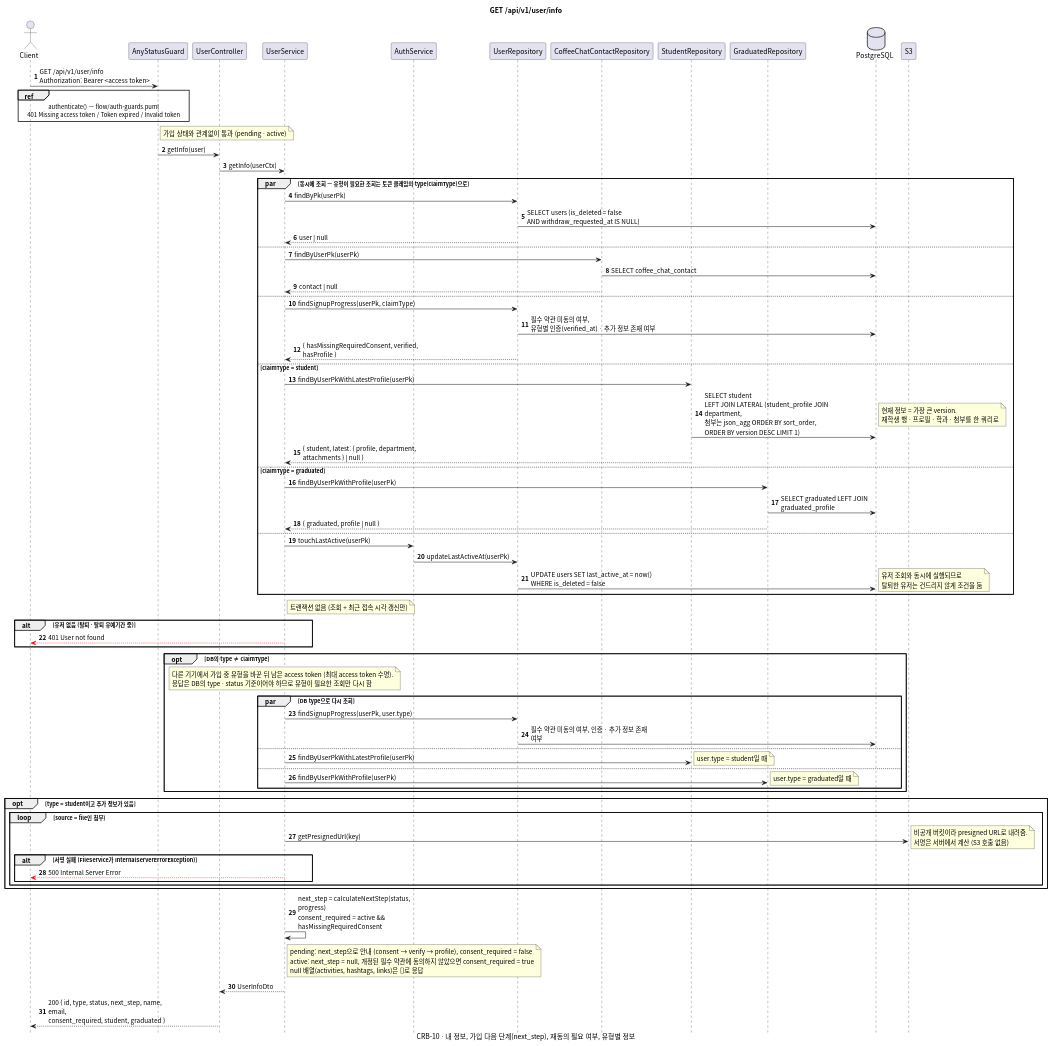
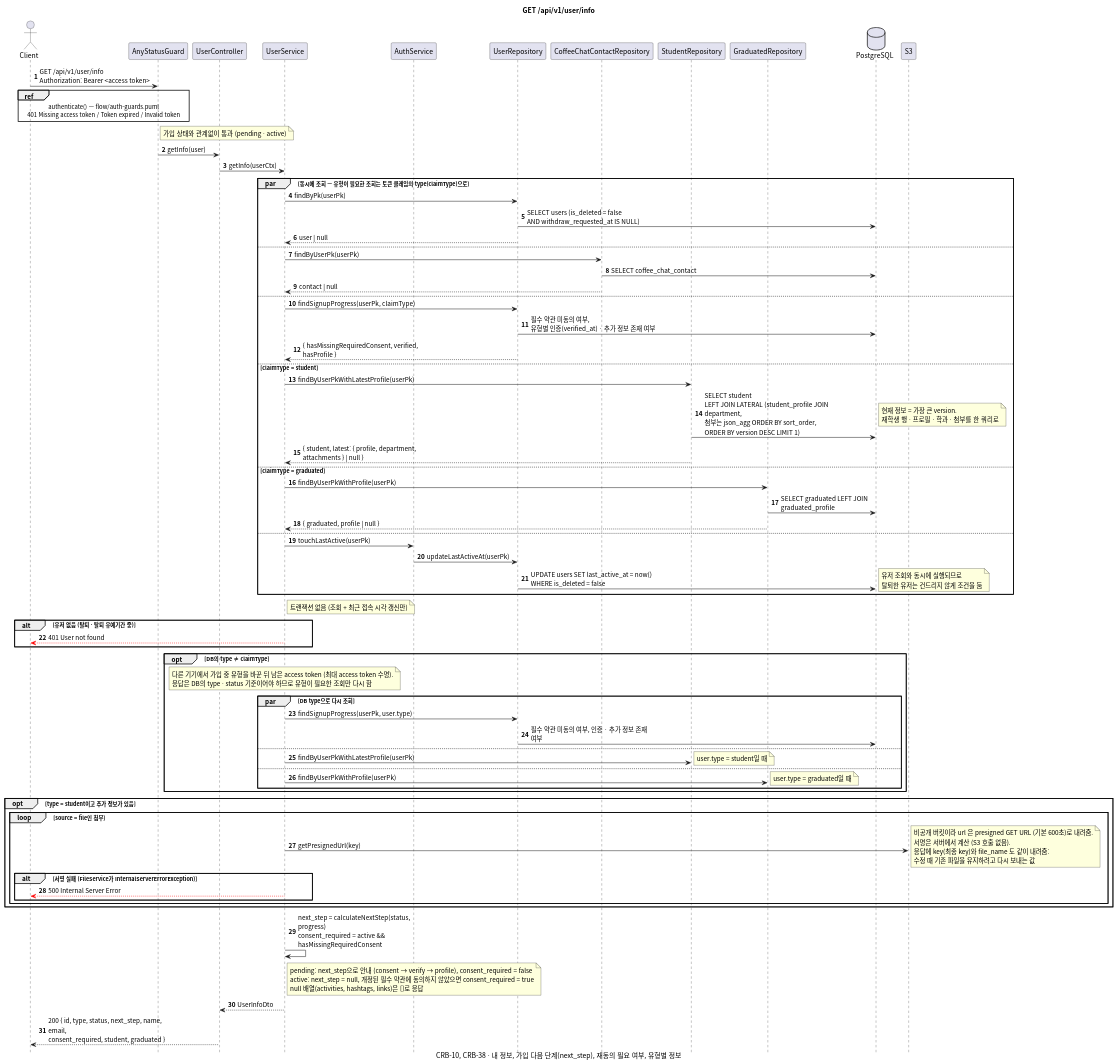
The diagram in docs/sequence/user/get-info.puml (gsainfoteam/cheers-be), drawn with PlantUML before and after one commit. The commit also changed 2 other files, not shown here.

Commit message:
- docs: add attachment file flow to student info sequence diagrams (CRB-38)

```diff
--- a/docs/sequence/user/get-info.puml
+++ b/docs/sequence/user/get-info.puml
@@ -1,101 +1,101 @@
 @startuml get-info
 skinparam defaultFontName "Apple SD Gothic Neo", "Noto Sans CJK KR", sans-serif
 skinparam responseMessageBelowArrow true
 skinparam sequenceMessageAlign left
 skinparam maxMessageSize 260
 skinparam BoxPadding 8
 skinparam shadowing false
 autonumber
 hide footbox
 
 title GET /api/v1/user/info
-caption CRB-10 · 내 정보, 가입 다음 단계(next_step), 재동의 필요 여부, 유형별 정보
+caption CRB-10, CRB-38 · 내 정보, 가입 다음 단계(next_step), 재동의 필요 여부, 유형별 정보
 
 actor Client
 participant "AnyStatusGuard" as Guard
 participant "UserController" as Controller
 participant "UserService" as Service
 participant "AuthService" as AuthService
 participant "UserRepository" as UserRepository
 participant "CoffeeChatContactRepository" as CoffeeChatContactRepository
 participant "StudentRepository" as StudentRepository
 participant "GraduatedRepository" as GraduatedRepository
 database PostgreSQL
 participant "S3"
 
 Client -> Guard: GET /api/v1/user/info\nAuthorization: Bearer <access token>
 ref over Client, Guard: authenticate() — flow/auth-guards.puml\n401 Missing access token / Token expired / Invalid token
 note right of Guard: 가입 상태와 관계없이 통과 (pending · active)
 Guard -> Controller: getInfo(user)
 Controller -> Service: getInfo(userCtx)
 
 par 동시에 조회 — 유형이 필요한 조회는 토큰 클레임의 type(claimType)으로
   Service -> UserRepository: findByPk(userPk)
   UserRepository -> PostgreSQL: SELECT users (is_deleted = false\nAND withdraw_requested_at IS NULL)
   UserRepository --> Service: user | null
 else
   Service -> CoffeeChatContactRepository: findByUserPk(userPk)
   CoffeeChatContactRepository -> PostgreSQL: SELECT coffee_chat_contact
   CoffeeChatContactRepository --> Service: contact | null
 else
   Service -> UserRepository: findSignupProgress(userPk, claimType)
   UserRepository -> PostgreSQL: 필수 약관 미동의 여부,\n유형별 인증(verified_at) · 추가 정보 존재 여부
   UserRepository --> Service: { hasMissingRequiredConsent, verified, hasProfile }
 else claimType = student
   Service -> StudentRepository: findByUserPkWithLatestProfile(userPk)
   StudentRepository -> PostgreSQL: SELECT student\nLEFT JOIN LATERAL (student_profile JOIN department,\n첨부는 json_agg ORDER BY sort_order,\nORDER BY version DESC LIMIT 1)
   note right: 현재 정보 = 가장 큰 version.\n재학생 행 · 프로필 · 학과 · 첨부를 한 쿼리로
   StudentRepository --> Service: { student, latest: { profile, department, attachments } | null }
 else claimType = graduated
   Service -> GraduatedRepository: findByUserPkWithProfile(userPk)
   GraduatedRepository -> PostgreSQL: SELECT graduated LEFT JOIN graduated_profile
   GraduatedRepository --> Service: { graduated, profile | null }
 else
   Service -> AuthService: touchLastActive(userPk)
   AuthService -> UserRepository: updateLastActiveAt(userPk)
   UserRepository -> PostgreSQL: UPDATE users SET last_active_at = now()\nWHERE is_deleted = false
   note right: 유저 조회와 동시에 실행되므로\n탈퇴한 유저는 건드리지 않게 조건을 둠
 end
 note right of Service: 트랜잭션 없음 (조회 + 최근 접속 시각 갱신만)
 
 alt 유저 없음 (탈퇴 · 탈퇴 유예기간 중)
   Service -[#red]-> Client: 401 User not found
 end
 
 opt DB의 type ≠ claimType
   note over Service
     다른 기기에서 가입 중 유형을 바꾼 뒤 남은 access token (최대 access token 수명).
     응답은 DB의 type · status 기준이어야 하므로 유형이 필요한 조회만 다시 함
   end note
   par DB type으로 다시 조회
     Service -> UserRepository: findSignupProgress(userPk, user.type)
     UserRepository -> PostgreSQL: 필수 약관 미동의 여부, 인증 · 추가 정보 존재 여부
   else
     Service -> StudentRepository: findByUserPkWithLatestProfile(userPk)
     note right: user.type = student일 때
   else
     Service -> GraduatedRepository: findByUserPkWithProfile(userPk)
     note right: user.type = graduated일 때
   end
 end
 
 opt type = student이고 추가 정보가 있음
   loop source = file인 첨부
     Service -> S3: getPresignedUrl(key)
-    note right: 비공개 버킷이라 presigned URL로 내려줌.\n서명은 서버에서 계산 (S3 호출 없음)
+    note right: 비공개 버킷이라 url 은 presigned GET URL (기본 600초)로 내려줌.\n서명은 서버에서 계산 (S3 호출 없음).\n응답에 key(최종 key)와 file_name 도 같이 내려줌:\n수정 때 기존 파일을 유지하려고 다시 보내는 값
     alt 서명 실패 (FileService가 InternalServerErrorException)
       Service -[#red]-> Client: 500 Internal Server Error
     end
   end
 end
 
 Service -> Service: next_step = calculateNextStep(status, progress)\nconsent_required = active && hasMissingRequiredConsent
 note right of Service
   pending: next_step으로 안내 (consent → verify → profile), consent_required = false
   active: next_step = null, 개정된 필수 약관에 동의하지 않았으면 consent_required = true
   null 배열(activities, hashtags, links)은 []로 응답
 end note
 Service --> Controller: UserInfoDto
 Controller --> Client: 200 { id, type, status, next_step, name, email,\nconsent_required, student, graduated }
 
 @enduml
```
